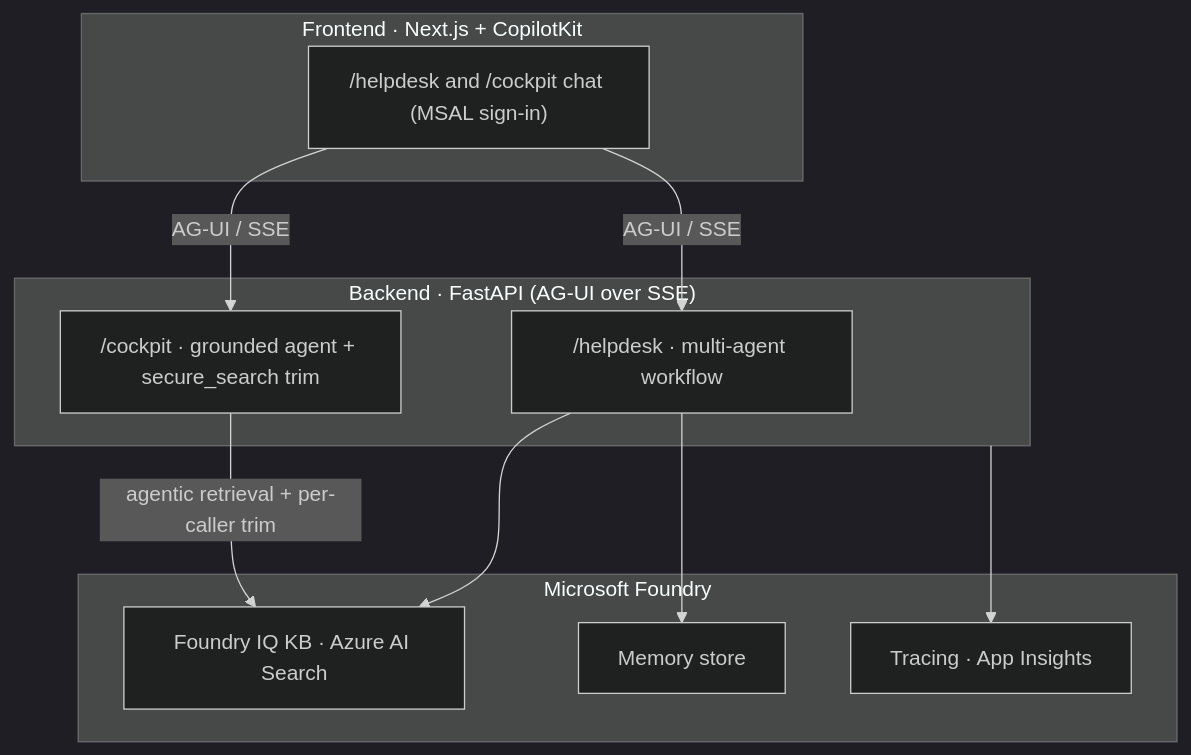
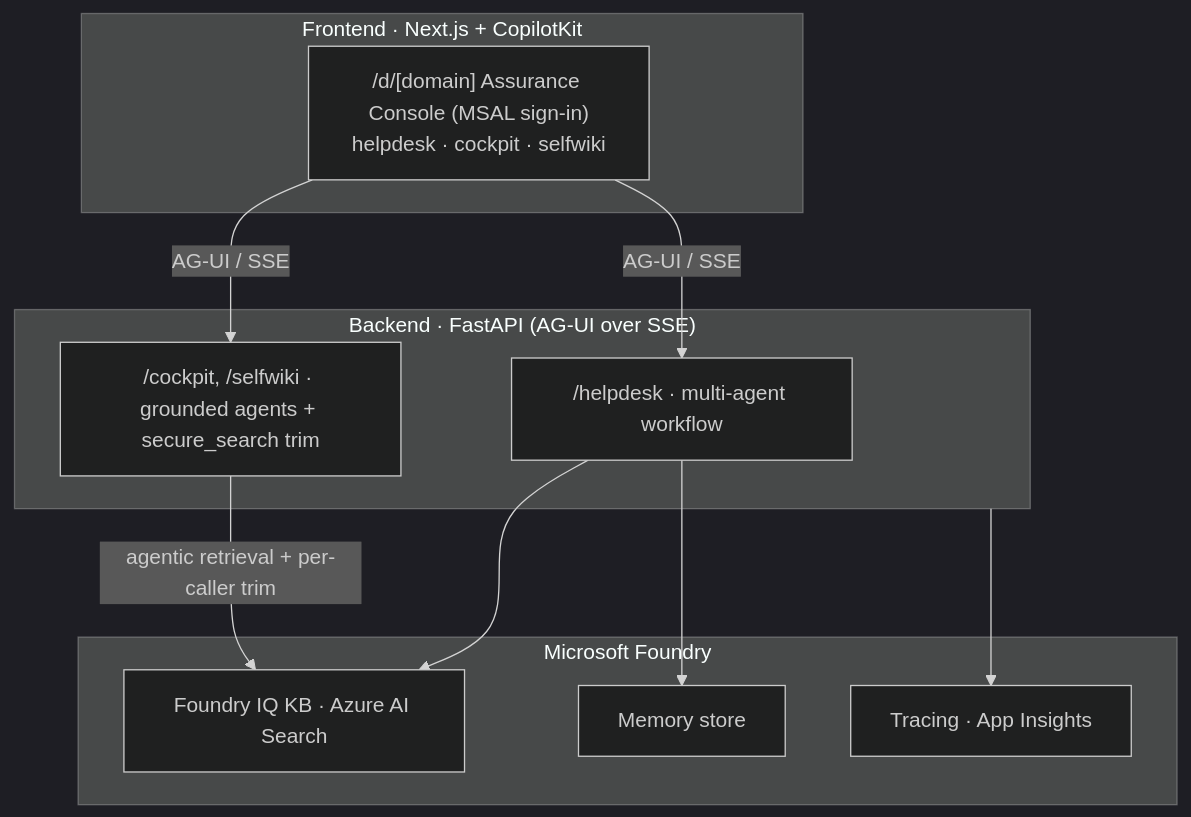
One commit to ruinosus/foundry-helpdesk changed the first of 2 diagrams in README.md. Above: the diagram before and after it, drawn with Mermaid (dark theme). The commit also changed other lines of this file and 33 other files, not shown here.

````diff
--- a/README.md
+++ b/README.md
@@ -114,21 +142,21 @@
 ```mermaid
 flowchart TB
   subgraph FE["Frontend · Next.js + CopilotKit"]
-    UI["/helpdesk and /cockpit chat (MSAL sign-in)"]
+    UI["/d/[domain] Assurance Console (MSAL sign-in)<br/>helpdesk · cockpit · selfwiki"]
   end
   subgraph BE["Backend · FastAPI (AG-UI over SSE)"]
     WF["/helpdesk · multi-agent workflow"]
-    CK["/cockpit · grounded agent + secure_search trim"]
+    CK["/cockpit, /selfwiki · grounded agents + secure_search trim"]
   end
   subgraph FDY["Microsoft Foundry"]
     KB["Foundry IQ KB · Azure AI Search"]
     MEM["Memory store"]
     OBS["Tracing · App Insights"]
   end
   UI -->|"AG-UI / SSE"| WF
   UI -->|"AG-UI / SSE"| CK
   WF --> KB
   CK -->|"agentic retrieval + per-caller trim"| KB
   WF --> MEM
   BE --> OBS
 ```
````
